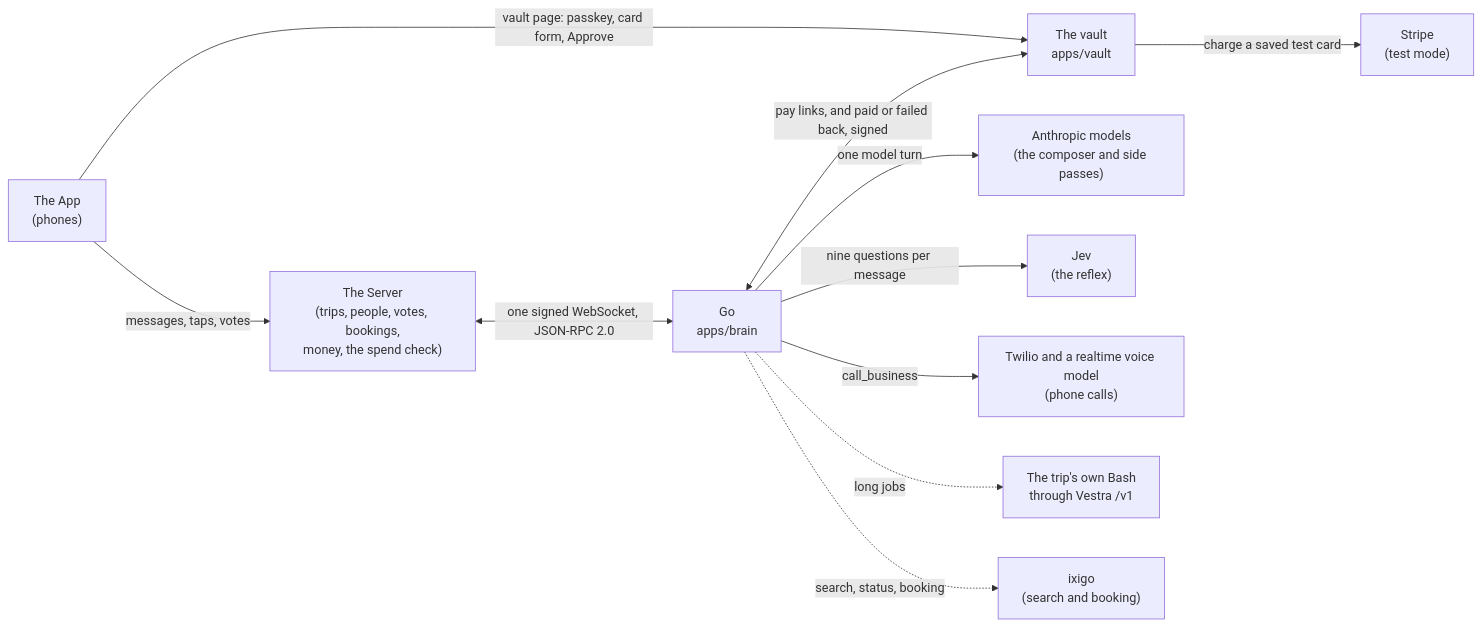
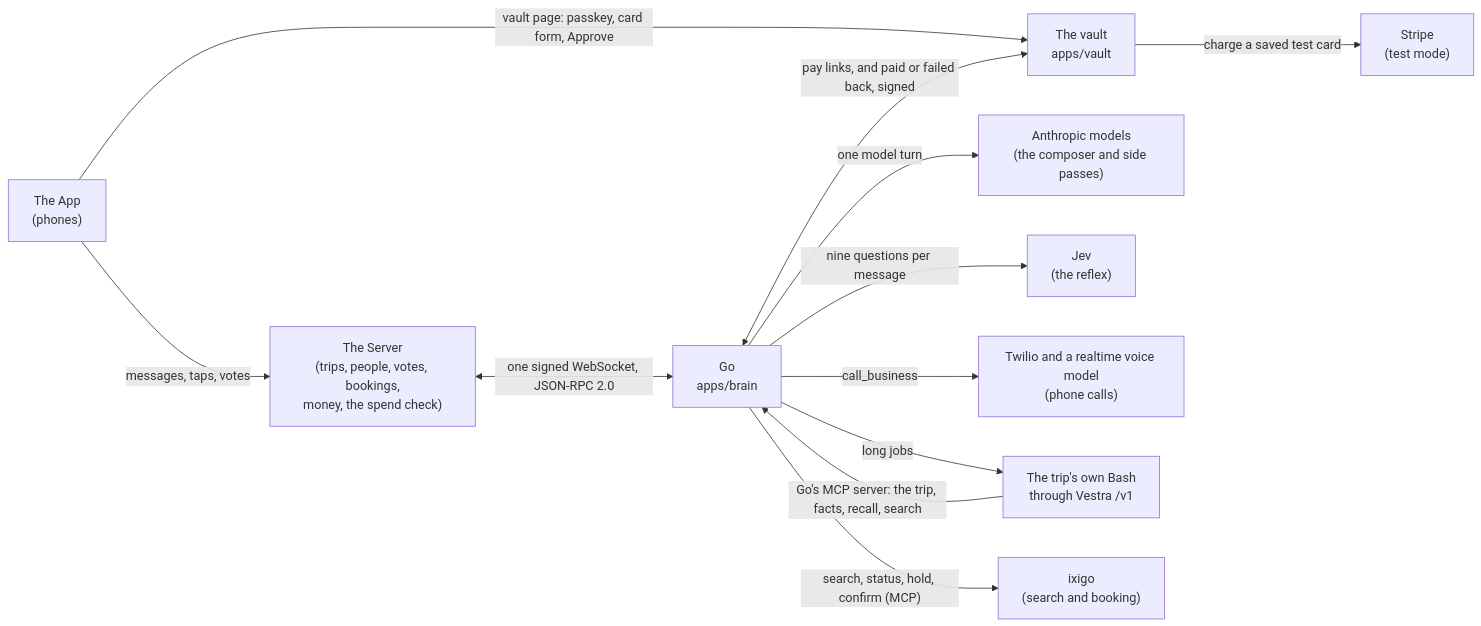
One commit to vestra-ai/go-brain changed the diagram in docs/architecture.md. Above: the diagram before and after it, drawn with Mermaid. The commit also changed other lines of this file and 2 other files, not shown here.

Commit message:
docs: travel, jobs on the trip's computer and Go's MCP server, as they are on build

````diff
--- a/docs/architecture.md
+++ b/docs/architecture.md
@@ -9,24 +9,25 @@
 ```mermaid
 flowchart LR
   App["The App<br/>(phones)"]
   Server["The Server<br/>(trips, people, votes, bookings,<br/>money, the spend check)"]
   Go["Go<br/>apps/brain"]
   Vault["The vault<br/>apps/vault"]
   Stripe["Stripe<br/>(test mode)"]
   Models["Anthropic models<br/>(the composer and side passes)"]
   Jev["Jev<br/>(the reflex)"]
   Phone["Twilio and a realtime voice model<br/>(phone calls)"]
   Bash["The trip's own Bash<br/>through Vestra /v1"]
   Ixigo["ixigo<br/>(search and booking)"]
 
   App -- "messages, taps, votes" --> Server
   Server <-- "one signed WebSocket, JSON-RPC 2.0" --> Go
   App -- "vault page: passkey, card form, Approve" --> Vault
   Vault -- "charge a saved test card" --> Stripe
   Go -- "one model turn" --> Models
   Go -- "nine questions per message" --> Jev
   Go -- "call_business" --> Phone
   Go <-- "pay links, and paid or failed back, signed" --> Vault
-  Go -. "long jobs" .-> Bash
-  Go -. "search, status, booking" .-> Ixigo
+  Go -- "long jobs" --> Bash
+  Bash -- "Go's MCP server: the trip, facts, recall, search" --> Go
+  Go -- "search, status, hold, confirm (MCP)" --> Ixigo
 ```
````
